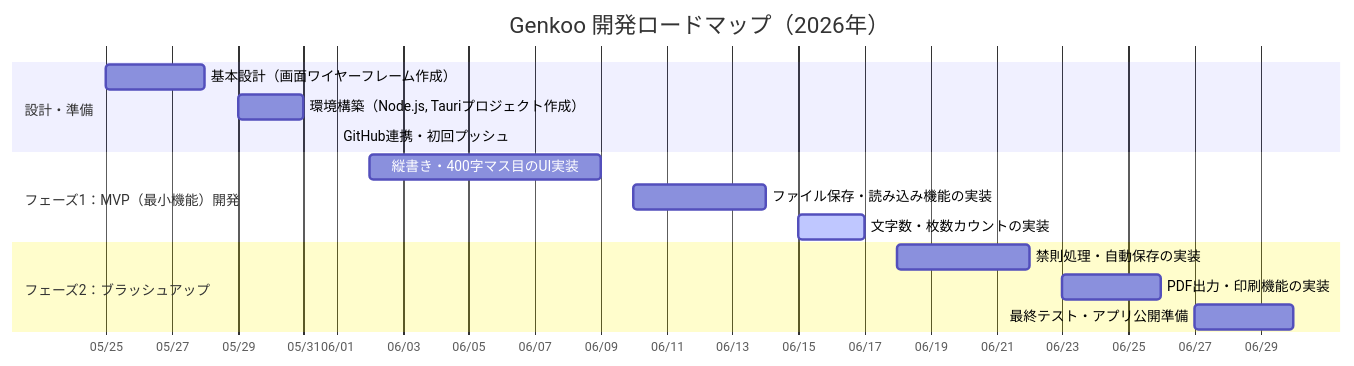
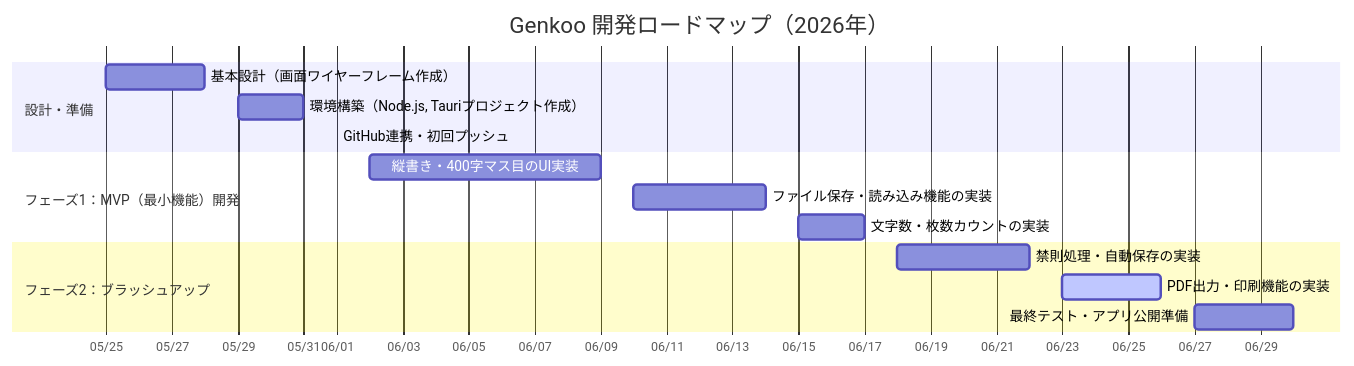
Before and after one commit to yskamioyc-cmyk/genkoo: the diagram in docs/schedule.md, drawn with Mermaid. The commit also changed 1 other file, not shown here.

Commit message:
docs: edit schedule.md and README.md

````diff
--- a/docs/schedule.md
+++ b/docs/schedule.md
@@ -5,21 +5,21 @@
 ```mermaid
 gantt
     title Genkoo 開発ロードマップ（2026年）
     dateFormat  YYYY-MM-DD
     axisFormat  %m/%d
 
     section 設計・準備
     基本設計（画面ワイヤーフレーム作成）     :         des1, 2026-05-25, 2026-05-28
     環境構築（Node.js, Tauriプロジェクト作成）:       des2, 2026-05-29, 2026-05-31
     GitHub連携・初回プッシュ                :        des3, 2026-06-01, 2026-06-01
 
     section フェーズ1：MVP（最小機能）開発
     縦書き・400字マス目のUI実装            :        dev1, 2026-06-02, 2026-06-09
     ファイル保存・読み込み機能の実装         :        dev2, 2026-06-10, 2026-06-14
-    文字数・枚数カウントの実装              : active, dev3, 2026-06-15, 2026-06-17
+    文字数・枚数カウントの実装              :       dev3, 2026-06-15, 2026-06-17
 
     section フェーズ2：ブラッシュアップ
     禁則処理・自動保存の実装                :        dev4, 2026-06-18, 2026-06-22
-    PDF出力・印刷機能の実装                :        dev5, 2026-06-23, 2026-06-26
+    PDF出力・印刷機能の実装                : active, dev5, 2026-06-23, 2026-06-26
     最終テスト・アプリ公開準備              :        rel1, 2026-06-27, 2026-06-30
 ```
````
